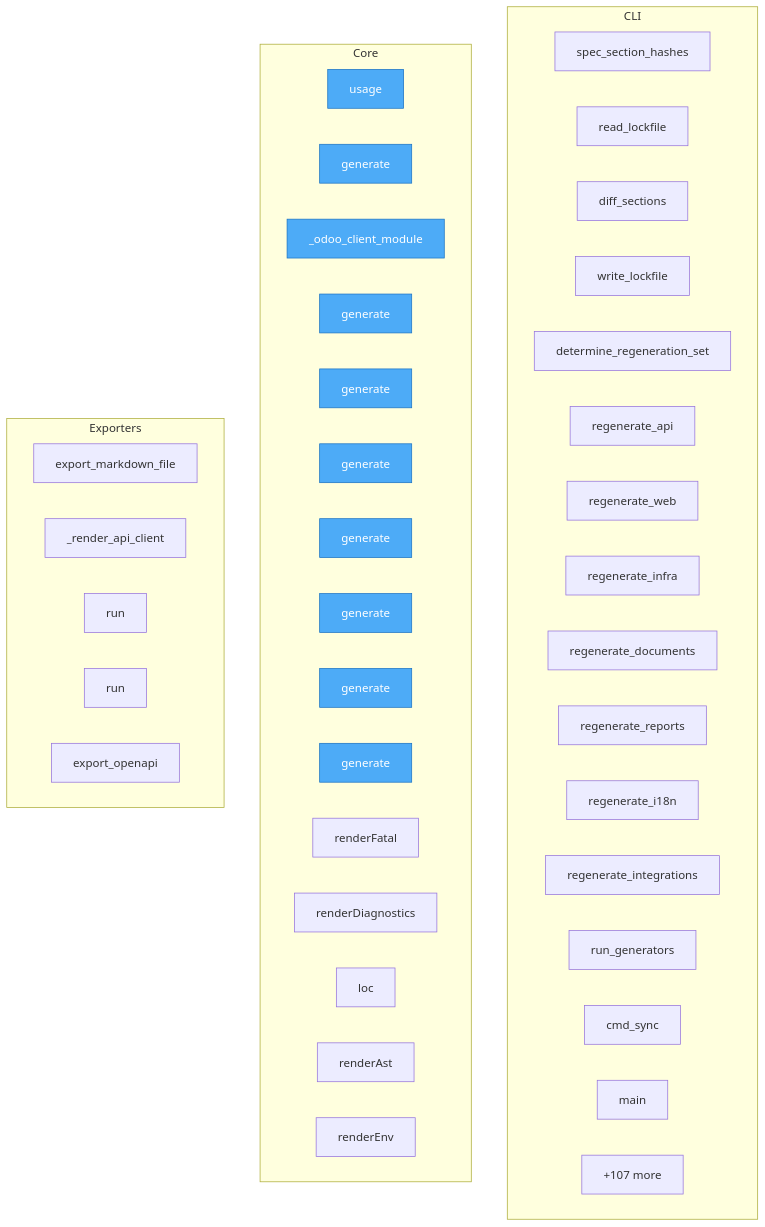
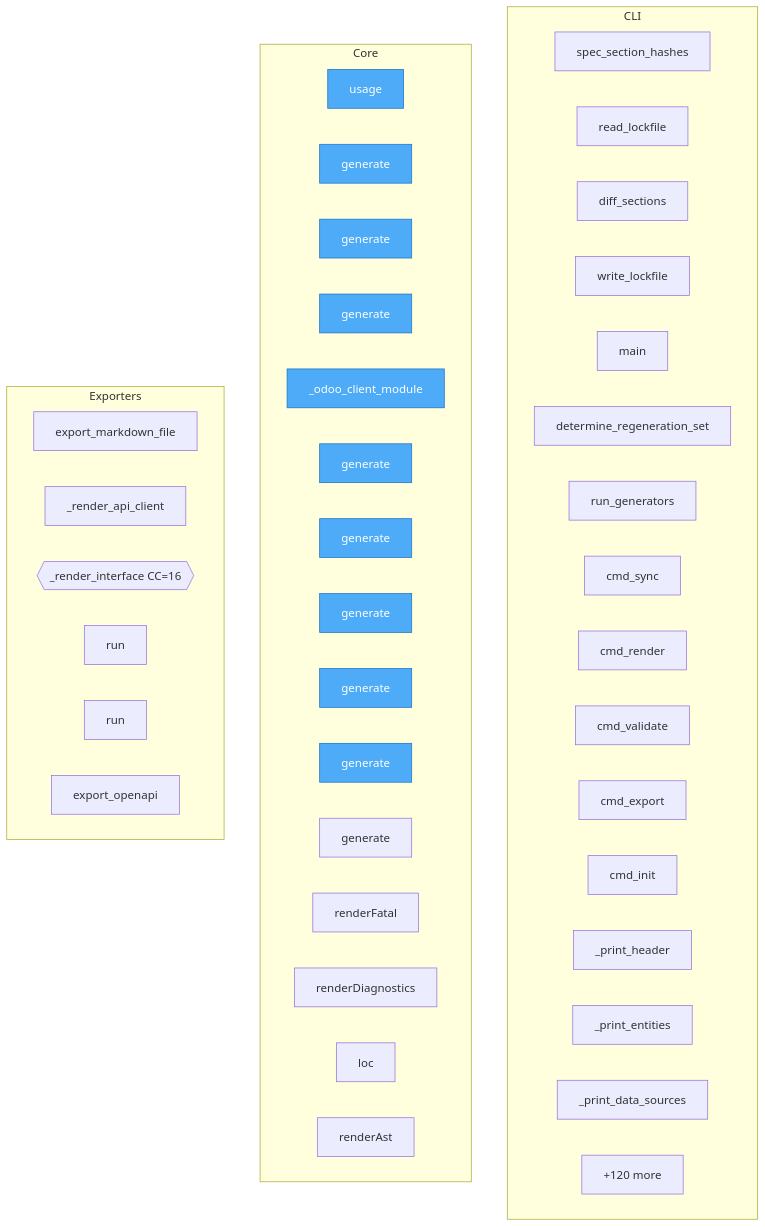
One commit to oqlos/doql changed the diagram in project/flow.mmd. Above: the diagram before and after it, drawn with Mermaid. The commit also changed 328 other files, not shown here.

```diff
--- a/project/flow.mmd
+++ b/project/flow.mmd
@@ -1,52 +1,53 @@
 flowchart TD
 
     %% Entry points (blue)
     classDef entry fill:#4dabf7,stroke:#1971c2,color:#fff
 
     subgraph CLI
         doql__cli__lockfile__spec_section_hashes["spec_section_hashes"]
         doql__cli__lockfile__read_lockfile["read_lockfile"]
         doql__cli__lockfile__diff_sections["diff_sections"]
         doql__cli__lockfile__write_lockfile["write_lockfile"]
+        doql__cli__main__main["main"]
         doql__cli__sync__determine_regeneration_set["determine_regeneration_set"]
-        doql__cli__sync__regenerate_api["regenerate_api"]
-        doql__cli__sync__regenerate_web["regenerate_web"]
-        doql__cli__sync__regenerate_infra["regenerate_infra"]
-        doql__cli__sync__regenerate_documents["regenerate_documents"]
-        doql__cli__sync__regenerate_reports["regenerate_reports"]
-        doql__cli__sync__regenerate_i18n["regenerate_i18n"]
-        doql__cli__sync__regenerate_integrations["regenerate_integrations"]
         doql__cli__sync__run_generators["run_generators"]
         doql__cli__sync__cmd_sync["cmd_sync"]
-        doql__cli__main__main["main"]
-        ...["+26 more"]
+        doql__cli__commands__render__cmd_render["cmd_render"]
+        doql__cli__commands__validate__cmd_validate["cmd_validate"]
+        doql__cli__commands__export__cmd_export["cmd_export"]
+        doql__cli__commands__init__cmd_init["cmd_init"]
+        doql__cli__commands__plan___print_header["_print_header"]
+        doql__cli__commands__plan___print_entities["_print_entities"]
+        doql__cli__commands__plan___print_data_sources["_print_data_sources"]
+        ...["+52 more"]
     end
 
     subgraph Core
         doql__usage["usage"]
+        plugins__doql_plugin_fleet__doql_plugin_fleet__generate["generate"]
+        plugins__doql_plugin_gxp__doql_plugin_gxp__generate["generate"]
         plugins__doql_plugin_iso17025__doql_plugin_iso17025__traceability__generate["generate"]
         plugins__doql_plugin_erp__doql_plugin_erp___odoo_client_module["_odoo_client_module"]
         plugins__doql_plugin_erp__doql_plugin_erp__generate["generate"]
-        plugins__doql_plugin_gxp__doql_plugin_gxp__generate["generate"]
+        plugins__doql_plugin_iso17025__doql_plugin_iso17025__generate["generate"]
+        plugins__doql_plugin_iso17025__doql_plugin_iso17025__migration__generate["generate"]
         plugins__doql_plugin_iso17025__doql_plugin_iso17025__certificate__generate["generate"]
-        plugins__doql_plugin_iso17025__doql_plugin_iso17025__migration__generate["generate"]
-        plugins__doql_plugin_iso17025__doql_plugin_iso17025__generate["generate"]
+        plugins__doql_plugin_iso17025__doql_plugin_iso17025__uncertainty__generate["generate"]
         plugins__doql_plugin_iso17025__doql_plugin_iso17025__drift_monitor__generate["generate"]
-        plugins__doql_plugin_iso17025__doql_plugin_iso17025__uncertainty__generate["generate"]
         playground__renderers__renderFatal["renderFatal"]
         playground__renderers__renderDiagnostics["renderDiagnostics"]
         playground__renderers__loc["loc"]
         playground__renderers__renderAst["renderAst"]
-        playground__renderers__renderEnv["renderEnv"]
-        ...["+107 more"]
+        ...["+120 more"]
     end
 
     subgraph Exporters
         doql__exporters__markdown__export_markdown_file["export_markdown_file"]
         doql__exporters__css__renderers___render_api_client["_render_api_client"]
+        doql__exporters__css__renderers___render_interface{{_render_interface CC=16}}
         doql__generators__export_postman__run["run"]
         doql__generators__export_ts_sdk__run["run"]
         doql__generators__api_gen__export_openapi["export_openapi"]
     end
 
-    class doql__usage,plugins__doql_plugin_iso17025__doql_plugin_iso17025__traceability__generate,plugins__doql_plugin_erp__doql_plugin_erp___odoo_client_module,plugins__doql_plugin_erp__doql_plugin_erp__generate,plugins__doql_plugin_gxp__doql_plugin_gxp__generate,plugins__doql_plugin_iso17025__doql_plugin_iso17025__certificate__generate,plugins__doql_plugin_iso17025__doql_plugin_iso17025__migration__generate,plugins__doql_plugin_iso17025__doql_plugin_iso17025__generate,plugins__doql_plugin_iso17025__doql_plugin_iso17025__drift_monitor__generate,plugins__doql_plugin_iso17025__doql_plugin_iso17025__uncertainty__generate entry
+    class doql__usage,plugins__doql_plugin_fleet__doql_plugin_fleet__generate,plugins__doql_plugin_gxp__doql_plugin_gxp__generate,plugins__doql_plugin_iso17025__doql_plugin_iso17025__traceability__generate,plugins__doql_plugin_erp__doql_plugin_erp___odoo_client_module,plugins__doql_plugin_erp__doql_plugin_erp__generate,plugins__doql_plugin_iso17025__doql_plugin_iso17025__generate,plugins__doql_plugin_iso17025__doql_plugin_iso17025__migration__generate,plugins__doql_plugin_iso17025__doql_plugin_iso17025__certificate__generate,plugins__doql_plugin_iso17025__doql_plugin_iso17025__uncertainty__generate entry
```
